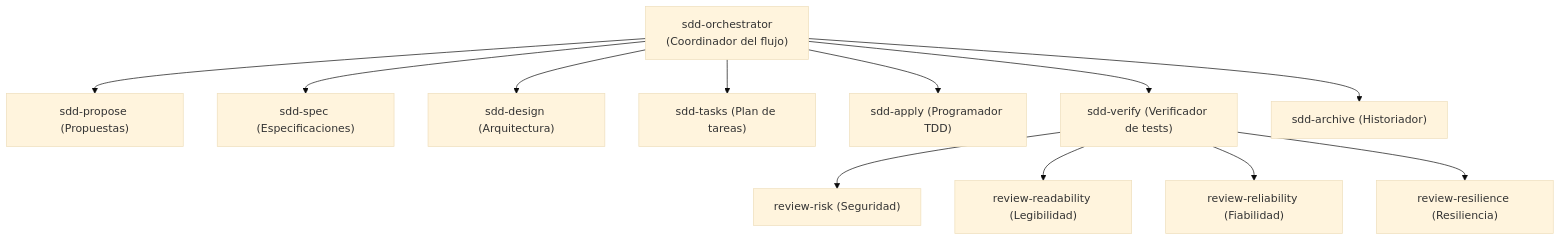
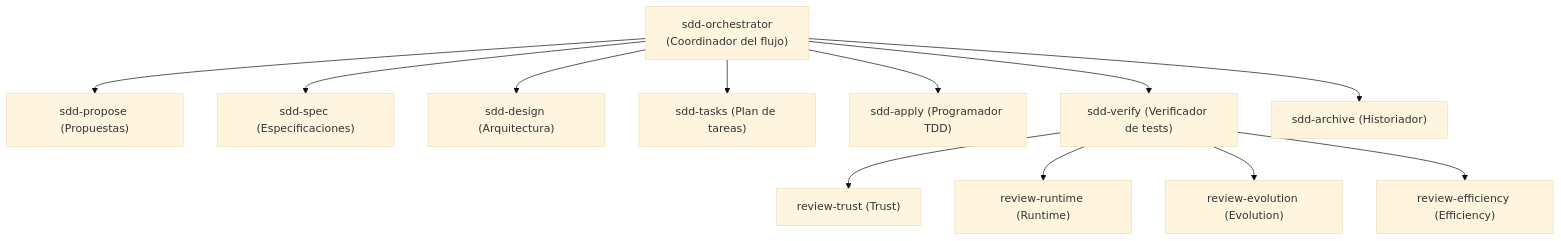
The diagram in openwiki/agents-skills/agents-and-skills.md (Snakeblack/ospec-workflow), drawn with Mermaid (base theme) before and after one commit. The commit also changed other lines of this file and 118 other files, not shown here.

````diff
--- a/openwiki/agents-skills/agents-and-skills.md
+++ b/openwiki/agents-skills/agents-and-skills.md
@@ -11,16 +11,16 @@
 ```mermaid
 flowchart TD
     Orch["sdd-orchestrator
 (Coordinador del flujo)"] --> P["sdd-propose (Propuestas)"]
     Orch --> S["sdd-spec (Especificaciones)"]
     Orch --> D["sdd-design (Arquitectura)"]
     Orch --> T["sdd-tasks (Plan de tareas)"]
     Orch --> A["sdd-apply (Programador TDD)"]
     Orch --> V["sdd-verify (Verificador de tests)"]
     Orch --> Arc["sdd-archive (Historiador)"]
     
-    V --> R1["review-risk (Seguridad)"]
-    V --> R2["review-readability (Legibilidad)"]
-    V --> R3["review-reliability (Fiabilidad)"]
-    V --> R4["review-resilience (Resiliencia)"]
+    V --> R1["review-trust (Trust)"]
+    V --> R2["review-runtime (Runtime)"]
+    V --> R3["review-evolution (Evolution)"]
+    V --> R4["review-efficiency (Efficiency)"]
 ```
````
